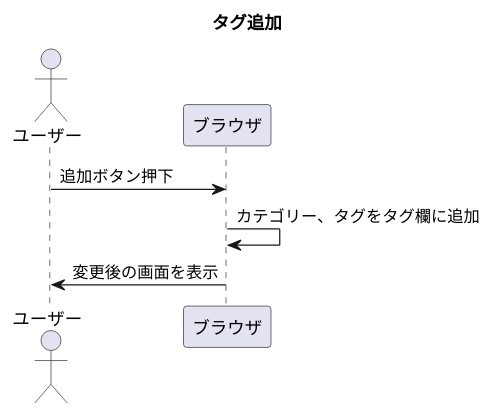
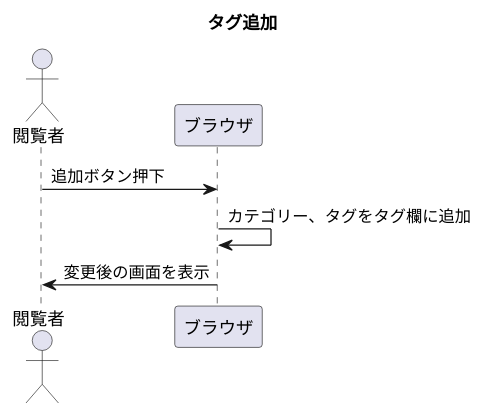
One commit to hachimitu22/MangaViewer changed the diagram in doc/6_ui/pages/メディア登録/sequence/タグ追加.puml. Above: the diagram before and after it, drawn with PlantUML. The commit also changed 39 other files, not shown here.

```diff
--- a/doc/6_ui/pages/メディア登録/sequence/タグ追加.puml
+++ b/doc/6_ui/pages/メディア登録/sequence/タグ追加.puml
@@ -1,12 +1,12 @@
 @startuml 
 
 title タグ追加
 
-actor ユーザー
+actor 閲覧者
 participant ブラウザ
 
-ユーザー -> ブラウザ: 追加ボタン押下
+閲覧者 -> ブラウザ: 追加ボタン押下
 ブラウザ -> ブラウザ: カテゴリー、タグをタグ欄に追加
-ユーザー <- ブラウザ: 変更後の画面を表示
+閲覧者 <- ブラウザ: 変更後の画面を表示
 
 @enduml
```
